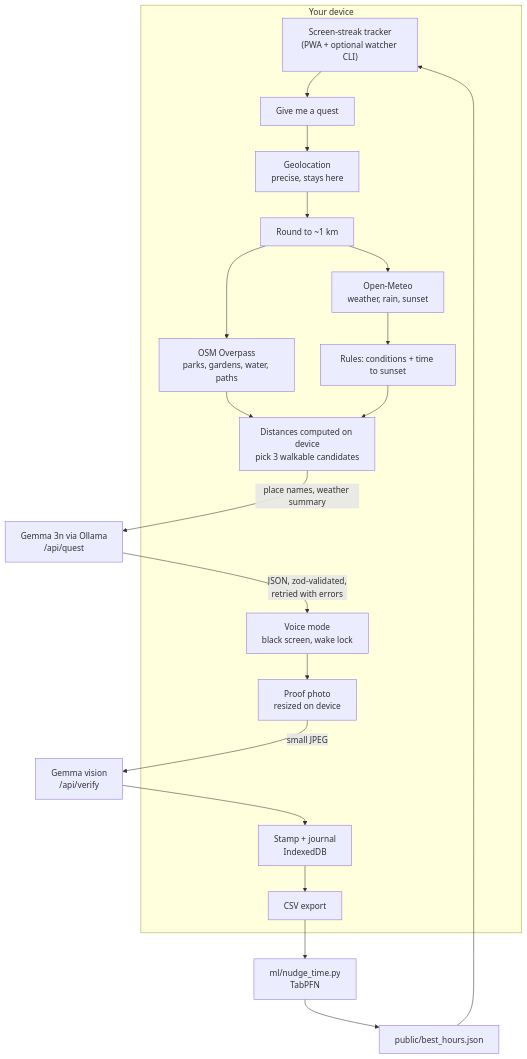
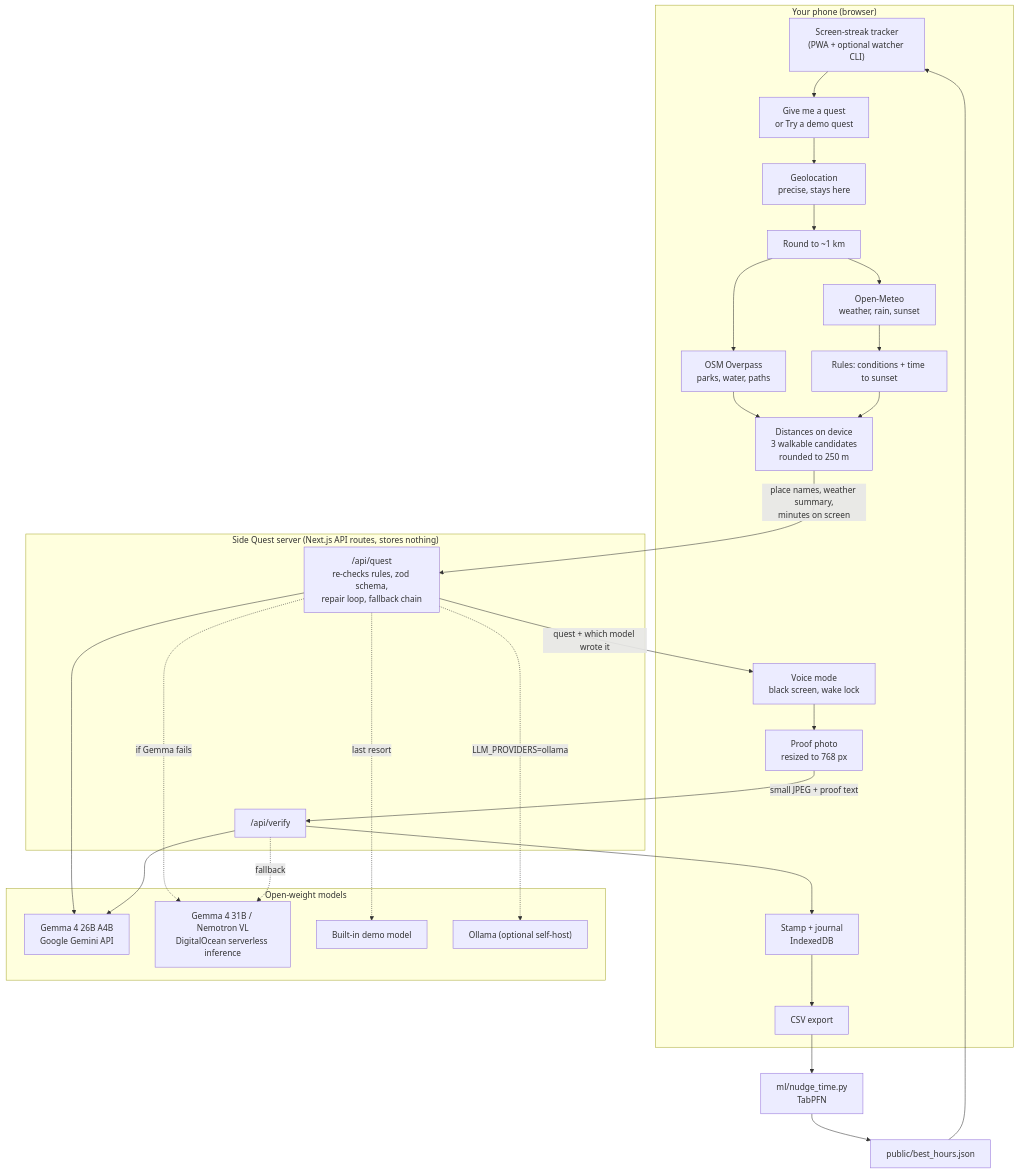
One commit to Tusharkhadde/side-quest changed the diagram in README.md. Above: the diagram before and after it, drawn with Mermaid. The commit also changed other lines of this file, not shown here.

Commit message:
docs: README and DEV post for hosted open-weight models (Gemma + DigitalOcean), honest privacy table

````diff
--- a/README.md
+++ b/README.md
@@ -67,21 +100,37 @@
 ```mermaid
 flowchart TD
-    subgraph device["Your device"]
-        streak["Screen-streak tracker<br/>(PWA + optional watcher CLI)"] --> ask["Give me a quest"]
+    subgraph device["Your phone (browser)"]
+        streak["Screen-streak tracker<br/>(PWA + optional watcher CLI)"] --> ask["Give me a quest<br/>or Try a demo quest"]
         ask --> gps["Geolocation<br/>precise, stays here"]
         gps --> coarse["Round to ~1 km"]
         coarse --> meteo["Open-Meteo<br/>weather, rain, sunset"]
-        coarse --> osm["OSM Overpass<br/>parks, gardens, water, paths"]
+        coarse --> osm["OSM Overpass<br/>parks, water, paths"]
         meteo --> rules["Rules: conditions + time to sunset"]
-        osm --> cands["Distances computed on device<br/>pick 3 walkable candidates"]
+        osm --> cands["Distances on device<br/>3 walkable candidates<br/>rounded to 250 m"]
         rules --> cands
-        voice["Voice mode<br/>black screen, wake lock"] --> photo["Proof photo<br/>resized on device"]
+        voice["Voice mode<br/>black screen, wake lock"] --> photo["Proof photo<br/>resized to 768 px"]
         stamp["Stamp + journal<br/>IndexedDB"] --> csv["CSV export"]
     end
-    cands -- "place names, weather summary" --> gemma["Gemma 3n via Ollama<br/>/api/quest"]
-    gemma -- "JSON, zod-validated,<br/>retried with errors" --> voice
-    photo -- "small JPEG" --> vision["Gemma vision<br/>/api/verify"]
-    vision --> stamp
+    subgraph server["Side Quest server (Next.js API routes, stores nothing)"]
+        quest["/api/quest<br/>re-checks rules, zod schema,<br/>repair loop, fallback chain"]
+        verify["/api/verify"]
+    end
+    subgraph models["Open-weight models"]
+        gemma["Gemma 4 26B A4B<br/>Google Gemini API"]
+        do["Gemma 4 31B / Nemotron VL<br/>DigitalOcean serverless inference"]
+        demo["Built-in demo model"]
+        ollama["Ollama (optional self-host)"]
+    end
+    cands -- "place names, weather summary,<br/>minutes on screen" --> quest
+    quest --> gemma
+    quest -. "if Gemma fails" .-> do
+    quest -. "last resort" .-> demo
+    quest -. "LLM_PROVIDERS=ollama" .-> ollama
+    quest -- "quest + which model wrote it" --> voice
+    photo -- "small JPEG + proof text" --> verify
+    verify --> gemma
+    verify -. fallback .-> do
+    verify --> stamp
     csv --> tabpfn["ml/nudge_time.py<br/>TabPFN"] --> best["public/best_hours.json"]
     best --> streak
 ```
````
